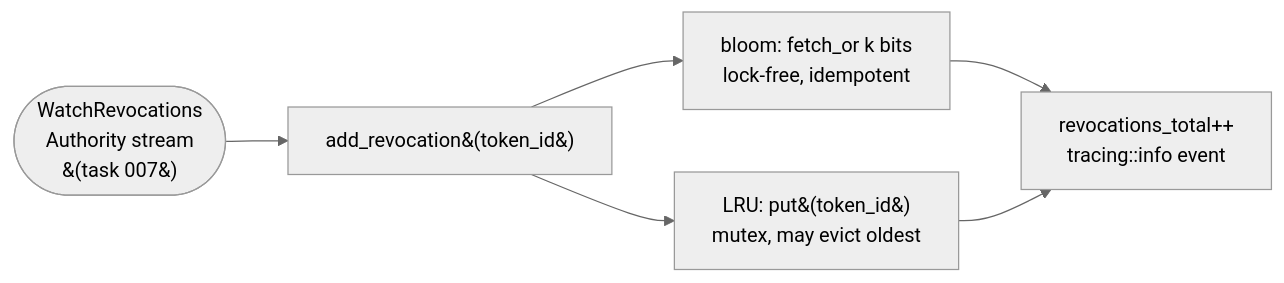
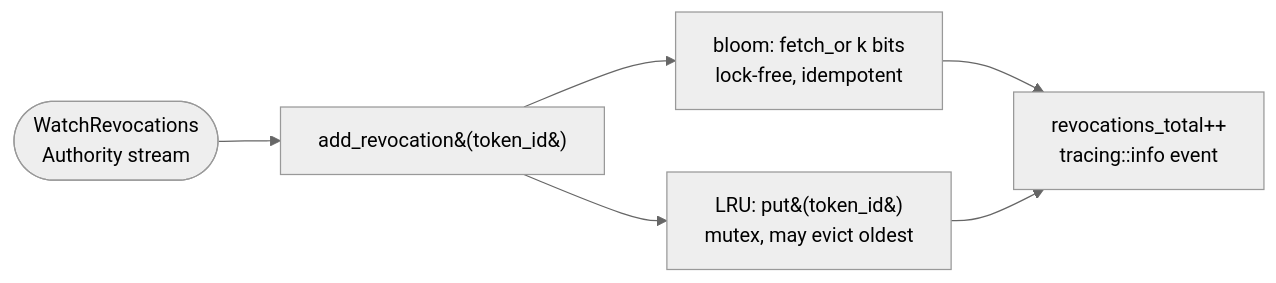
One commit to Firma-AI/openfirma changed the sixth of 10 diagrams in docs/architecture/sidecar-overview.md. Above: the diagram before and after it, drawn with Mermaid (neutral theme). The commit also changed other lines of this file and 26 other files, not shown here.

First line of the commit message:
feat: implement authority stream clients (task 007)

````diff
--- a/docs/architecture/sidecar-overview.md
+++ b/docs/architecture/sidecar-overview.md
@@ -244,8 +278,8 @@
 ```mermaid
 flowchart LR
-    src([WatchRevocations<br/>Authority stream<br/>&#40;task 007&#41;]) --> add[add_revocation&#40;token_id&#41;]
+    src([WatchRevocations<br/>Authority stream]) --> add[add_revocation&#40;token_id&#41;]
     add --> b1[bloom: fetch_or k bits<br/>lock-free, idempotent]
     add --> l1[LRU: put&#40;token_id&#41;<br/>mutex, may evict oldest]
     b1 --> m1[revocations_total++<br/>tracing::info event]
     l1 --> m1
 ```
````
